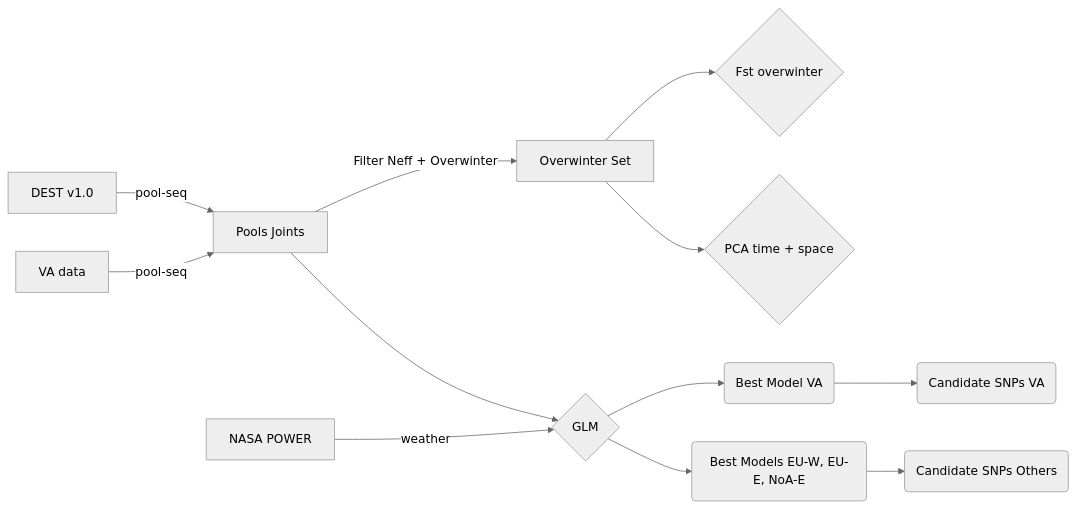
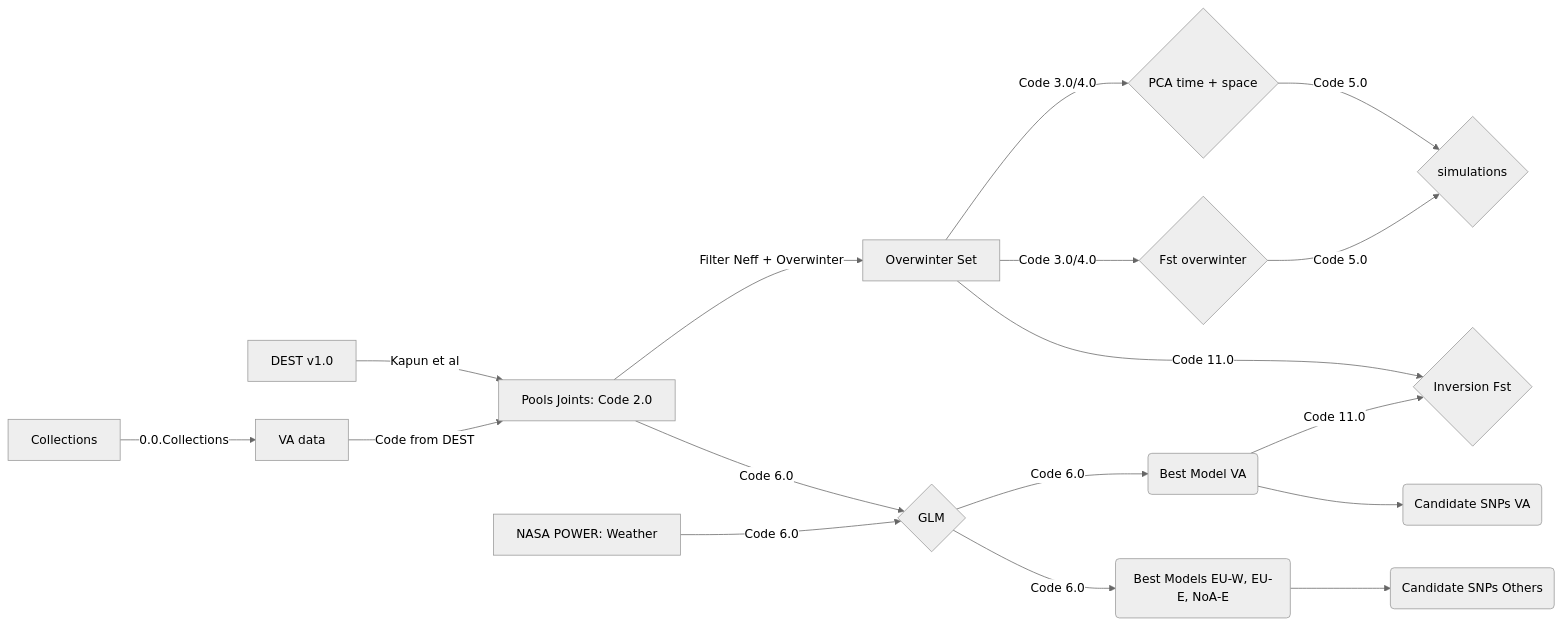
Before and after one commit to Jcbnunez/Cville-Seasonality-2016-2019: the first of 3 diagrams in README.md, drawn with Mermaid (neutral theme). The commit also changed other lines of this file and 1283 other files, not shown here.

````diff
--- a/README.md
+++ b/README.md
@@ -15,14 +11,20 @@
 ```mermaid
 graph LR
-A[DEST v1.0] -- pool-seq --> B[Pools Joints]
-C[VA data] -- pool-seq --> B
+A[DEST v1.0] -- Kapun et al --> B[Pools Joints: Code 2.0]
+C[VA data] -- Code from DEST --> B
 B --Filter Neff + Overwinter-->Z[Overwinter Set]
-Z --> 2{PCA time + space}
-Z --> 1{Fst overwinter}
-B --> E{GLM}
-F[NASA POWER] --weather--> E
-E --> 22(Best Model VA)
-E --> 33(Best Models EU-W, EU-E, NoA-E)
+Z --Code 3.0/4.0--> 2{PCA time + space}
+Z --Code 3.0/4.0--> 1{Fst overwinter}
+rr{simulations}
+2 --Code 5.0--> rr
+1 --Code 5.0--> rr
+B --Code 6.0--> E{GLM}
+F[NASA POWER: Weather] --Code 6.0--> E
+E --Code 6.0--> 22(Best Model VA)
+E --Code 6.0--> 33(Best Models EU-W, EU-E, NoA-E)
 22 --> 11(Candidate SNPs VA)
 33 --> 44(Candidate SNPs Others)
+tt[Collections] --0.0.Collections--> C
+Z --Code 11.0--> gg{Inversion Fst} 
+22 --Code 11.0--> gg
 ```
````
